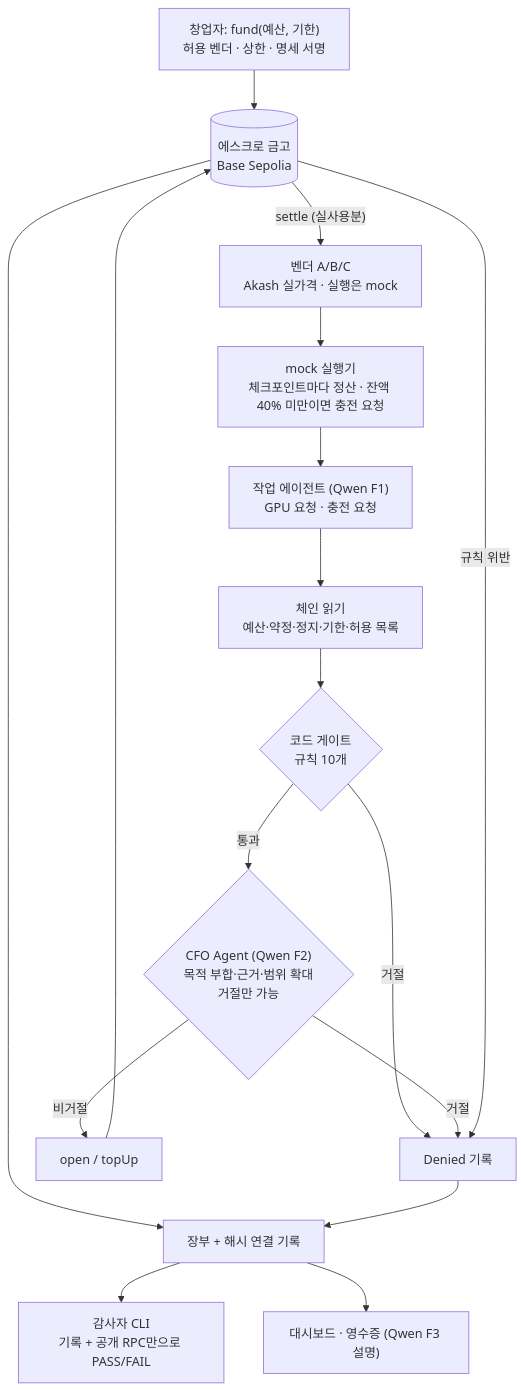
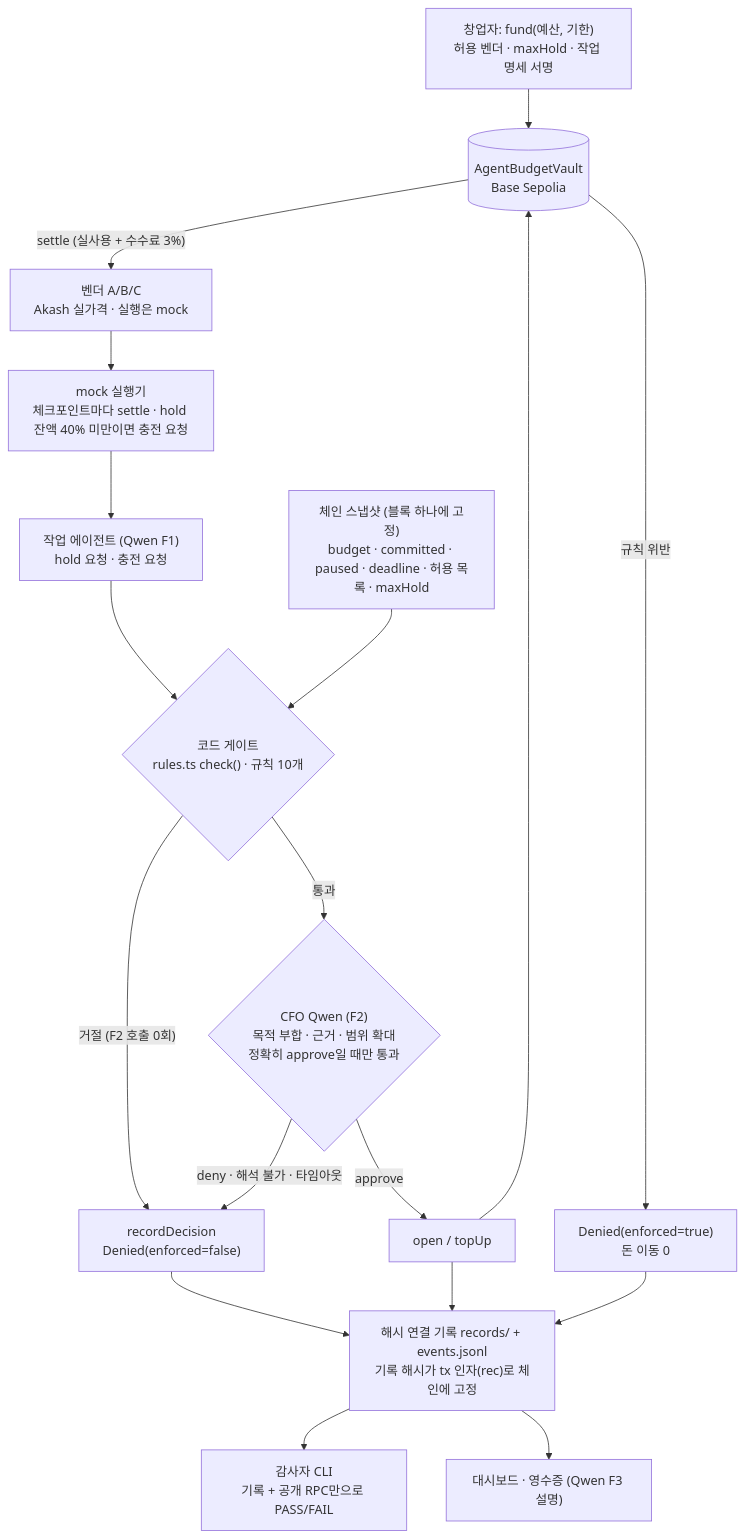
One commit to Rehgud/GWDC2026 changed the diagram in README.md. Above: the diagram before and after it, drawn with Mermaid. The commit also changed other lines of this file and 62 other files, not shown here.

````diff
--- a/README.md
+++ b/README.md
@@ -23,19 +60,20 @@
 ```mermaid
 graph TD
-    F["창업자: fund(예산, 기한)<br/>허용 벤더 · 상한 · 명세 서명"] --> V[("에스크로 금고<br/>Base Sepolia")]
-    W["작업 에이전트 (Qwen F1)<br/>GPU 요청 · 충전 요청"] --> R["체인 읽기<br/>예산·약정·정지·기한·허용 목록"]
-    R --> G{"코드 게이트<br/>규칙 10개"}
-    G -->|"통과"| C{"CFO Agent (Qwen F2)<br/>목적 부합·근거·범위 확대<br/>거절만 가능"}
-    G -->|"거절"| D["Denied 기록"]
-    C -->|"비거절"| T["open / topUp"]
-    C -->|"거절"| D
+    F["창업자: fund(예산, 기한)<br/>허용 벤더 · maxHold · 작업 명세 서명"] --> V[("AgentBudgetVault<br/>Base Sepolia")]
+    W["작업 에이전트 (Qwen F1)<br/>hold 요청 · 충전 요청"] --> G{"코드 게이트<br/>rules.ts check() · 규칙 10개"}
+    S["체인 스냅샷 (블록 하나에 고정)<br/>budget · committed · paused · deadline · 허용 목록 · maxHold"] --> G
+    G -->|"통과"| C{"CFO Qwen (F2)<br/>목적 부합 · 근거 · 범위 확대<br/>정확히 approve일 때만 통과"}
+    G -->|"거절 (F2 호출 0회)"| D["recordDecision<br/>Denied(enforced=false)"]
+    C -->|"approve"| T["open / topUp"]
+    C -->|"deny · 해석 불가 · 타임아웃"| D
     T --> V
-    V -->|"규칙 위반"| D
-    V -->|"settle (실사용분)"| P["벤더 A/B/C<br/>Akash 실가격 · 실행은 mock"]
-    X["mock 실행기<br/>체크포인트마다 정산 · 잔액 40% 미만이면 충전 요청"] --> W
+    V -->|"규칙 위반"| DC["Denied(enforced=true)<br/>돈 이동 0"]
+    V -->|"settle (실사용 + 수수료 3%)"| P["벤더 A/B/C<br/>Akash 실가격 · 실행은 mock"]
+    X["mock 실행기<br/>체크포인트마다 settle · hold 잔액 40% 미만이면 충전 요청"] --> W
     P --> X
-    V --> L["장부 + 해시 연결 기록"]
-    D --> L
+    D --> L["해시 연결 기록 records/ + events.jsonl<br/>기록 해시가 tx 인자(rec)로 체인에 고정"]
+    T --> L
+    DC --> L
     L --> A["감사자 CLI<br/>기록 + 공개 RPC만으로 PASS/FAIL"]
     L --> UI["대시보드 · 영수증 (Qwen F3 설명)"]
 ```
````
